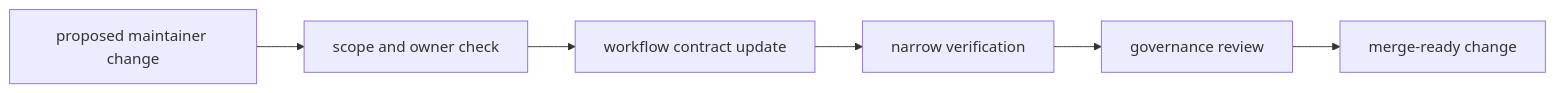
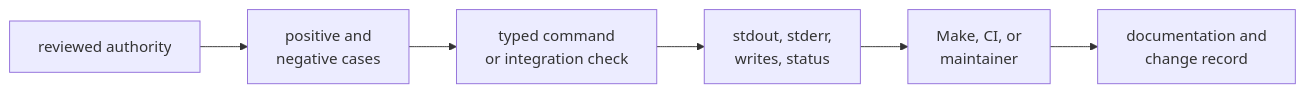
One commit to bijux/bijux-telecom changed the second of 2 diagrams in docs/07-bijux-gnss-dev/operations/index.md. Above: the diagram before and after it, drawn with Mermaid. The commit also changed other lines of this file and 1 other file, not shown here.

Commit message:
docs(dev): govern maintainer workflow contributions

````diff
--- a/docs/07-bijux-gnss-dev/operations/index.md
+++ b/docs/07-bijux-gnss-dev/operations/index.md
@@ -17,11 +72,11 @@
 ```mermaid
 flowchart LR
-    change["proposed maintainer change"]
-    scope["scope and owner check"]
-    docs["workflow contract update"]
-    tests["narrow verification"]
-    review["governance review"]
-    release["merge-ready change"]
+    authority["reviewed authority"]
+    cases["positive and<br/>negative cases"]
+    command["typed command<br/>or integration check"]
+    effects["stdout, stderr,<br/>writes, status"]
+    consumer["Make, CI, or<br/>maintainer"]
+    record["documentation and<br/>change record"]
 
-    change --> scope --> docs --> tests --> review --> release
+    authority --> cases --> command --> effects --> consumer --> record
 ```
````
